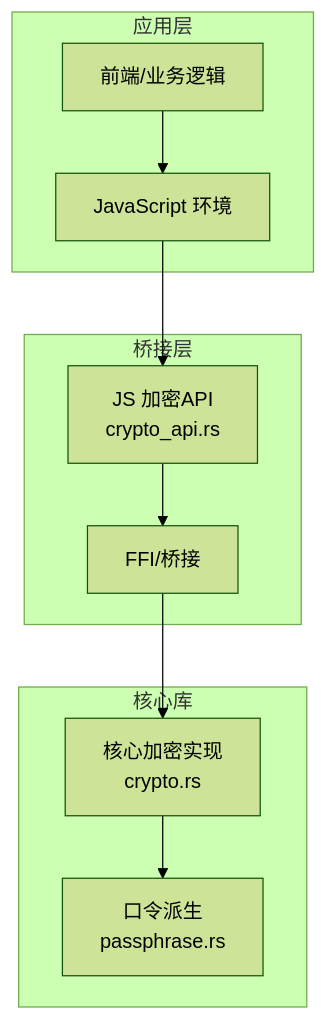
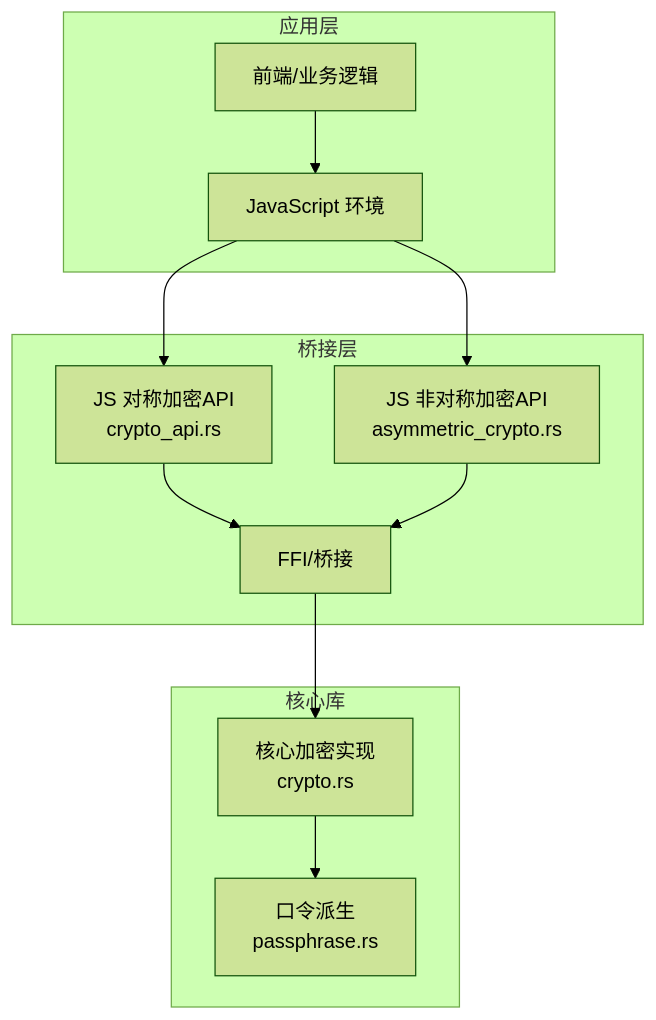
The first of 7 diagrams in .qoder/repowiki/zh/content/Rust核心库/JavaScript运行时/宿主API绑定/加密解密API.md (ZhangGHGitHub/LegadoTeamFlutter), drawn with Mermaid (forest theme) before and after one commit. The commit also changed other lines of this file and 173 other files, not shown here.

````diff
--- a/.qoder/repowiki/zh/content/Rust核心库/JavaScript运行时/宿主API绑定/加密解密API.md
+++ b/.qoder/repowiki/zh/content/Rust核心库/JavaScript运行时/宿主API绑定/加密解密API.md
@@ -31,20 +42,23 @@
 ```mermaid
 graph TB
 subgraph "应用层"
 UI["前端/业务逻辑"]
 JS["JavaScript 环境"]
 end
 subgraph "桥接层"
 FFI["FFI/桥接"]
-CryptoApi["JS 加密API<br/>crypto_api.rs"]
+CryptoApi["JS 对称加密API<br/>crypto_api.rs"]
+AsymCrypto["JS 非对称加密API<br/>asymmetric_crypto.rs"]
 end
 subgraph "核心库"
 CoreCrypto["核心加密实现<br/>crypto.rs"]
 Passphrase["口令派生<br/>passphrase.rs"]
 end
 UI --> JS
 JS --> CryptoApi
+JS --> AsymCrypto
 CryptoApi --> FFI
+AsymCrypto --> FFI
 FFI --> CoreCrypto
 CoreCrypto --> Passphrase
 ```
````
